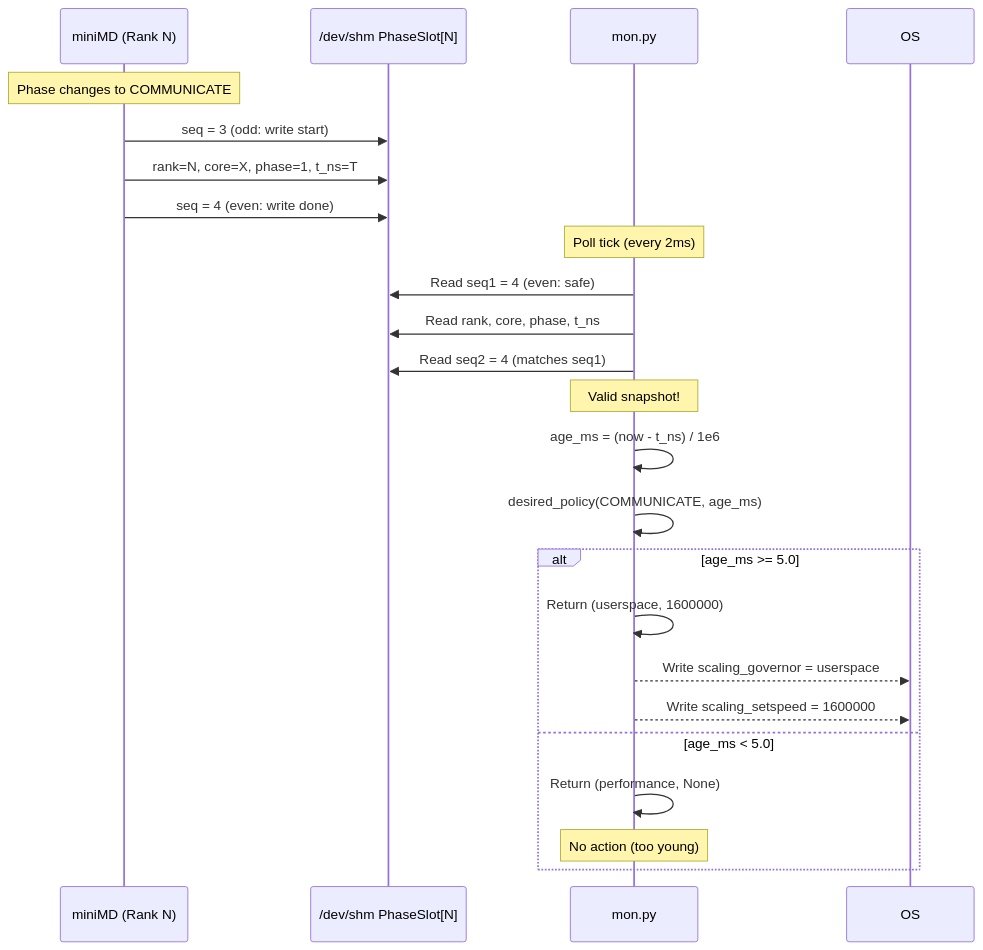
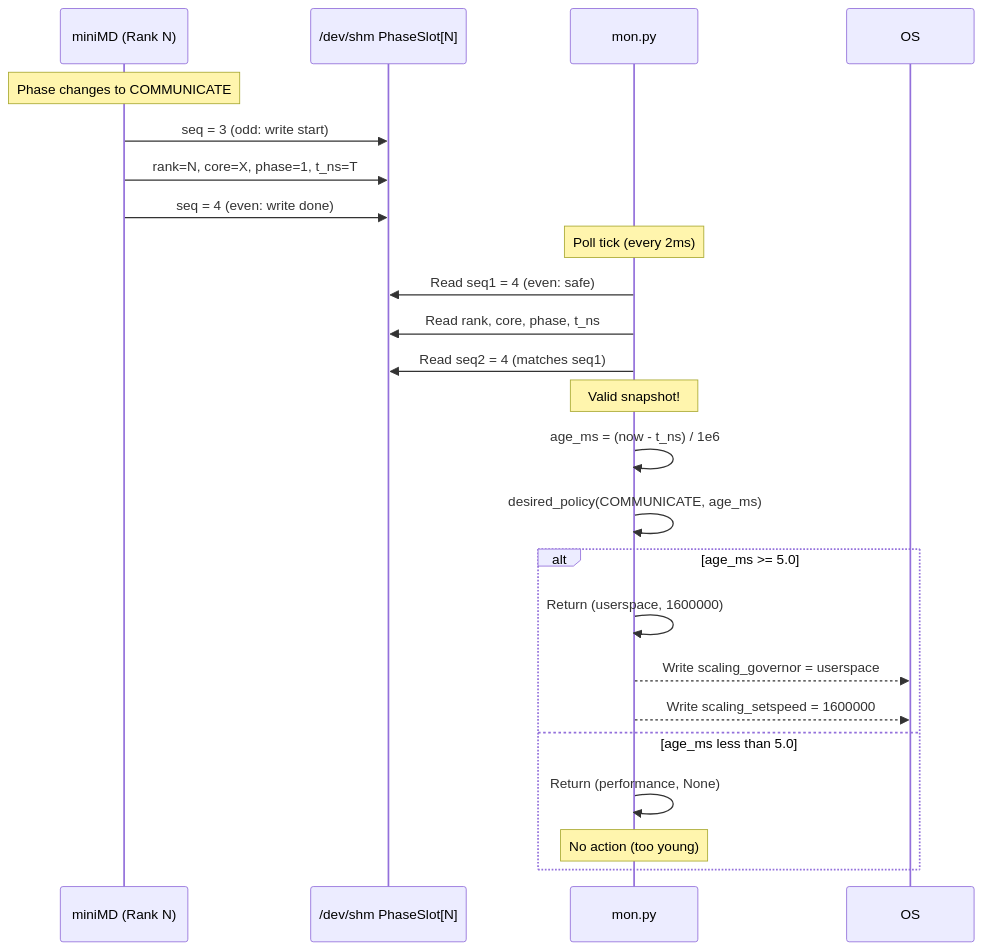
The second of 5 diagrams in 00_architecture_docs/09_data_flow_and_ipc.md (johnnietse/elec-498-group-30-2025-2026-proxy-app), drawn with Mermaid before and after one commit. The commit also changed 1 other file, not shown here.

Commit message:
docs: Fix mermaid sequence diagram rendering issue with unescaped '<' character

````diff
--- a/00_architecture_docs/09_data_flow_and_ipc.md
+++ b/00_architecture_docs/09_data_flow_and_ipc.md
@@ -149,29 +149,29 @@
 ```mermaid
 sequenceDiagram
     participant App as miniMD (Rank N)
     participant SHM as /dev/shm PhaseSlot[N]
     participant Mon as mon.py
 
     Note over App: Phase changes to COMMUNICATE
     App->>SHM: seq = 3 (odd: write start)
     App->>SHM: rank=N, core=X, phase=1, t_ns=T
     App->>SHM: seq = 4 (even: write done)
 
     Note over Mon: Poll tick (every 2ms)
     Mon->>SHM: Read seq1 = 4 (even: safe)
     Mon->>SHM: Read rank, core, phase, t_ns
     Mon->>SHM: Read seq2 = 4 (matches seq1)
     Note over Mon: Valid snapshot!
     
     Mon->>Mon: age_ms = (now - t_ns) / 1e6
     Mon->>Mon: desired_policy(COMMUNICATE, age_ms)
     
     alt age_ms >= 5.0
         Mon->>Mon: Return (userspace, 1600000)
         Mon-->>OS: Write scaling_governor = userspace
         Mon-->>OS: Write scaling_setspeed = 1600000
-    else age_ms < 5.0
+    else age_ms less than 5.0
         Mon->>Mon: Return (performance, None)
         Note over Mon: No action (too young)
     end
 ```
````
